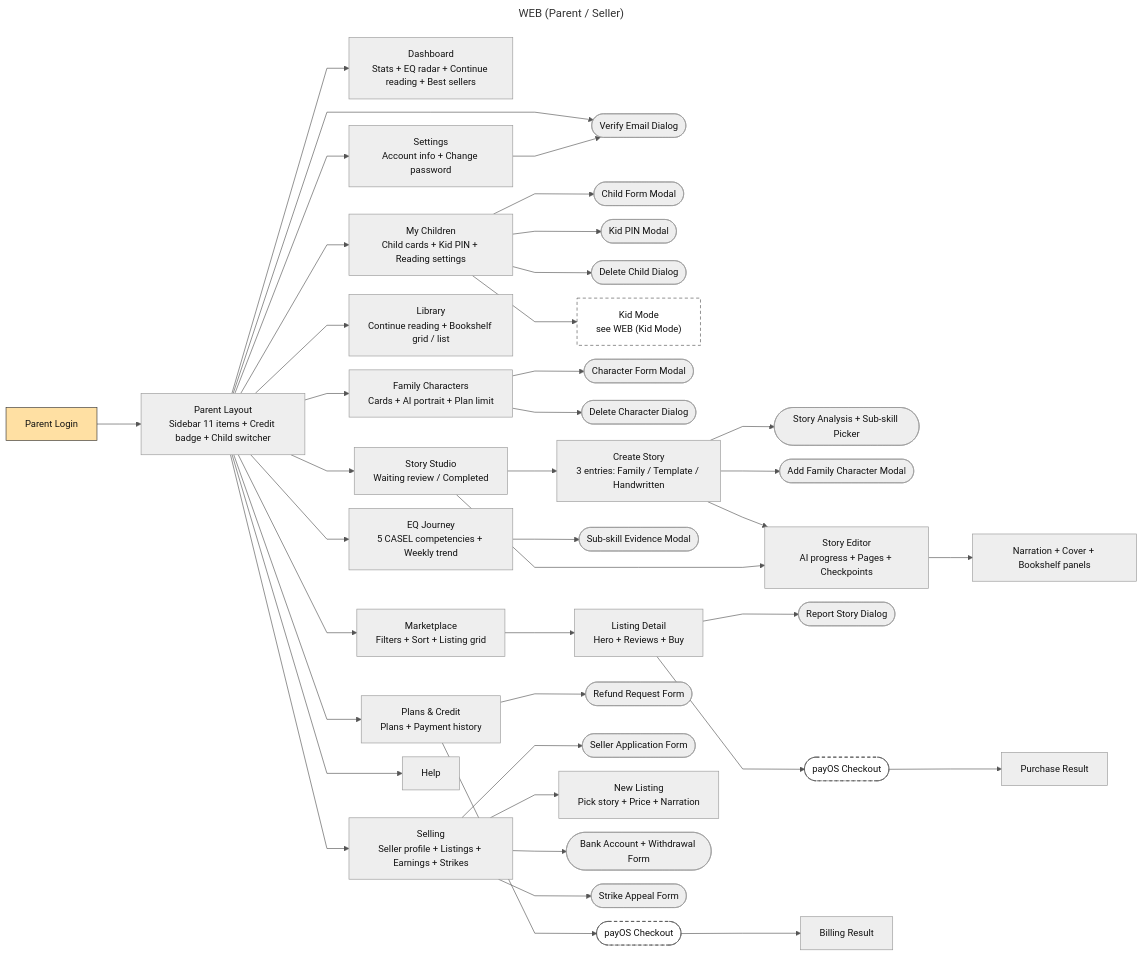
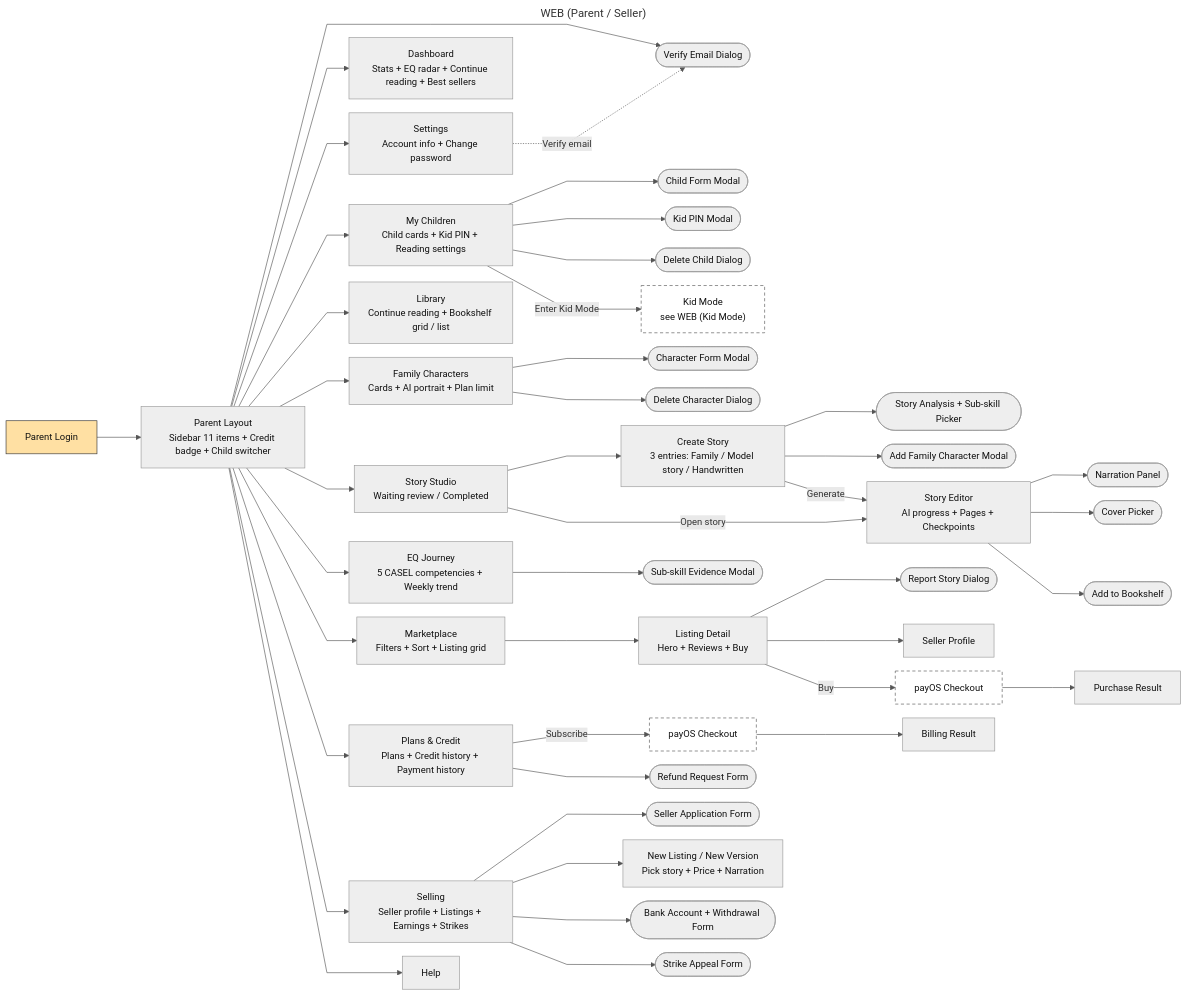
The diagram in docs/diagrams/srs/screen-flow-parent.mmd (SEP490-GFA26SE186/BE), drawn with Mermaid before and after one commit. The commit also changed 4 other files, not shown here.

```diff
--- a/docs/diagrams/srs/screen-flow-parent.mmd
+++ b/docs/diagrams/srs/screen-flow-parent.mmd
@@ -1,46 +1,49 @@
 ---
 title: WEB (Parent / Seller)
 ---
 %%{init: {"flowchart": {"curve": "linear", "nodeSpacing": 22, "rankSpacing": 70}, "themeVariables": {"fontFamily": "Arial", "fontSize": "15px", "lineColor": "#555555"}}}%%
 flowchart LR
   Login["Parent Login"]:::start --> L["Parent Layout<br/>Sidebar 11 items + Credit badge + Child switcher"]
-  L --> VerifyM
+  L --> VerifyM(["Verify Email Dialog"])
   L --> Dash["Dashboard<br/>Stats + EQ radar + Continue reading + Best sellers"]
+  L --> Set["Settings<br/>Account info + Change password"]
+  Set -.->|Verify email| VerifyM
   L --> Kids["My Children<br/>Child cards + Kid PIN + Reading settings"]
   Kids --> ChildM(["Child Form Modal"])
   Kids --> PinM(["Kid PIN Modal"])
   Kids --> DelChild(["Delete Child Dialog"])
-  Kids --> KidMode["Kid Mode<br/>see WEB (Kid Mode)"]:::ext
+  Kids -->|Enter Kid Mode| KidMode["Kid Mode<br/>see WEB (Kid Mode)"]:::ext
+  L --> Lib["Library<br/>Continue reading + Bookshelf grid / list"]
   L --> Chars["Family Characters<br/>Cards + AI portrait + Plan limit"]
   Chars --> CharM(["Character Form Modal"])
   Chars --> DelChar(["Delete Character Dialog"])
   L --> Studio["Story Studio<br/>Waiting review / Completed"]
-  Studio --> Create["Create Story<br/>3 entries: Family / Template / Handwritten"]
+  Studio --> Create["Create Story<br/>3 entries: Family / Model story / Handwritten"]
   Create --> Analyze(["Story Analysis + Sub-skill Picker"])
   Create --> AddChar(["Add Family Character Modal"])
-  Create --> Editor["Story Editor<br/>AI progress + Pages + Checkpoints"]
-  Studio --> Editor
-  Editor --> Narr["Narration + Cover + Bookshelf panels"]
-  L --> Lib["Library<br/>Continue reading + Bookshelf grid / list"]
+  Create -->|Generate| Editor["Story Editor<br/>AI progress + Pages + Checkpoints"]
+  Studio -->|Open story| Editor
+  Editor --> NarrP(["Narration Panel"])
+  Editor --> CoverP(["Cover Picker"])
+  Editor --> ShelfP(["Add to Bookshelf"])
   L --> EQ["EQ Journey<br/>5 CASEL competencies + Weekly trend"]
   EQ --> SkillM(["Sub-skill Evidence Modal"])
   L --> Market["Marketplace<br/>Filters + Sort + Listing grid"]
   Market --> Detail["Listing Detail<br/>Hero + Reviews + Buy"]
   Detail --> ReportM(["Report Story Dialog"])
-  Detail --> Pay1(["payOS Checkout"]):::ext
+  Detail --> SellerP["Seller Profile"]
+  Detail -->|Buy| Pay1["payOS Checkout"]:::ext
   Pay1 --> PRes["Purchase Result"]
-  L --> Bill["Plans & Credit<br/>Plans + Payment history"]
-  Bill --> Pay2(["payOS Checkout"]):::ext
+  L --> Bill["Plans & Credit<br/>Plans + Credit history + Payment history"]
+  Bill -->|Subscribe| Pay2["payOS Checkout"]:::ext
   Pay2 --> BRes["Billing Result"]
   Bill --> Refund(["Refund Request Form"])
   L --> Sell["Selling<br/>Seller profile + Listings + Earnings + Strikes"]
   Sell --> Apply(["Seller Application Form"])
-  Sell --> NewL["New Listing<br/>Pick story + Price + Narration"]
+  Sell --> NewL["New Listing / New Version<br/>Pick story + Price + Narration"]
   Sell --> Bank(["Bank Account + Withdrawal Form"])
   Sell --> Appeal(["Strike Appeal Form"])
-  L --> Set["Settings<br/>Account info + Change password"]
-  Set --> VerifyM(["Verify Email Dialog"])
   L --> Help["Help"]
   classDef default fill:#EEEEEE,stroke:#999999,color:#111111
   classDef start fill:#FFE0A3,stroke:#333333,color:#111111
   classDef ext fill:#FFFFFF,stroke:#555555,stroke-dasharray:5 4,color:#111111
```
